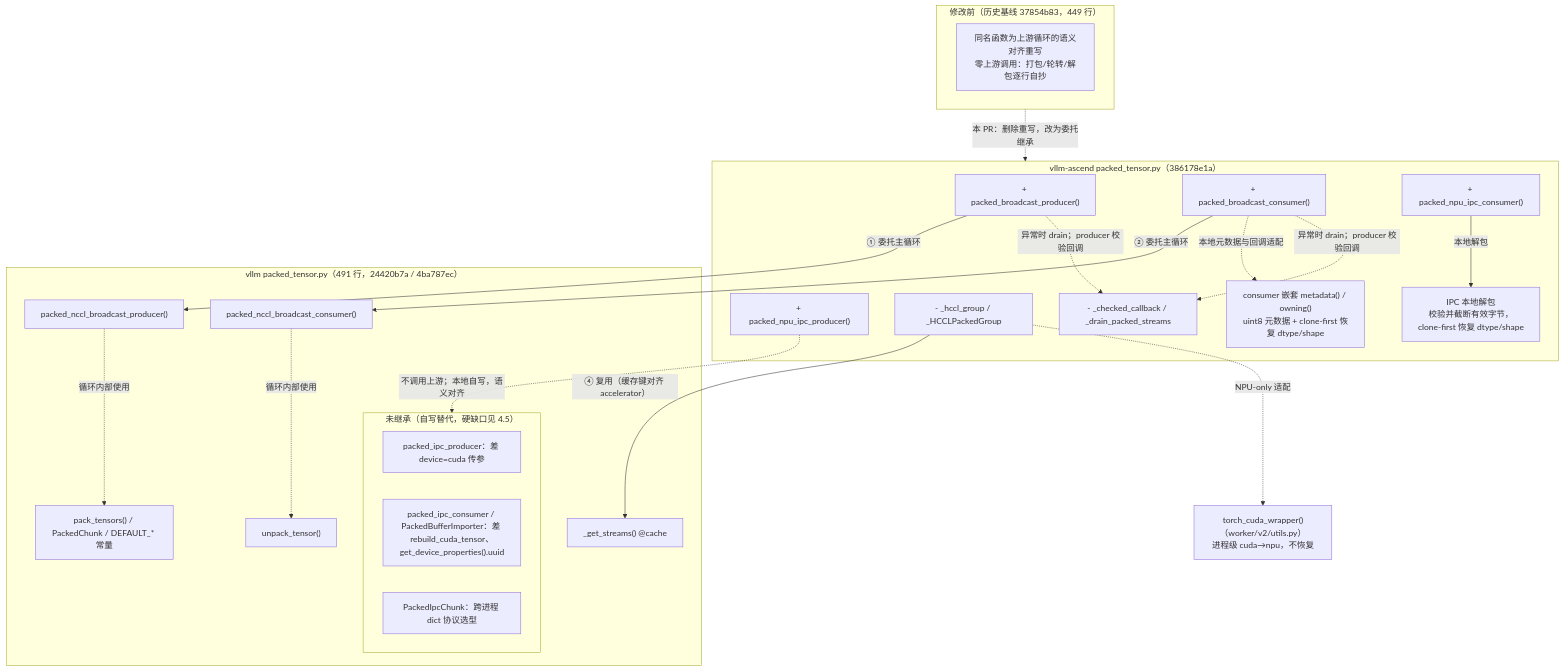
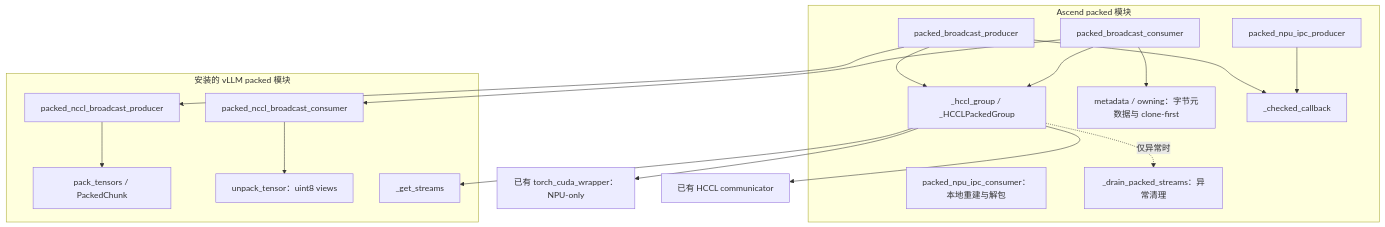
One commit to Liccol/ref-doc changed the first of 9 diagrams in vllm/weight-transfer/packed-tensor-design.md. Above: the diagram before and after it, drawn with Mermaid. The commit also changed other lines of this file and 7 other files, not shown here.

First line of the commit message:
docs: explain packed method reuse with sequence comparisons v1.0.19

````diff
--- a/vllm/weight-transfer/packed-tensor-design.md
+++ b/vllm/weight-transfer/packed-tensor-design.md
@@ -70,41 +73,36 @@
 ```mermaid
 flowchart TB
-    subgraph PRE["修改前（历史基线 37854b83，449 行）"]
-        OLD["同名函数为上游循环的语义对齐重写<br/>零上游调用：打包/轮转/解包逐行自抄"]
+    subgraph ASC["Ascend packed 模块"]
+        P["packed_broadcast_producer"]
+        C["packed_broadcast_consumer"]
+        G["_hccl_group / _HCCLPackedGroup"]
+        M["metadata / owning：字节元数据与 clone-first"]
+        IP["packed_npu_ipc_producer"]
+        IC["packed_npu_ipc_consumer：本地重建与解包"]
+        K["_checked_callback"]
+        D["_drain_packed_streams：异常清理"]
     end
-    subgraph ASC["vllm-ascend packed_tensor.py（386178e1a）"]
-        AP["+ packed_broadcast_producer()"]
-        AC["+ packed_broadcast_consumer()"]
-        AI2["+ packed_npu_ipc_consumer()"]
-        AI1["+ packed_npu_ipc_producer()"]
-        AH["- _hccl_group / _HCCLPackedGroup"]
-        AO["- _checked_callback / _drain_packed_streams"]
-        AU["consumer 嵌套 metadata() / owning()<br/>uint8 元数据 + clone-first 恢复 dtype/shape"]
-        IU["IPC 本地解包<br/>校验并截断有效字节，clone-first 恢复 dtype/shape"]
+    subgraph UP["安装的 vLLM packed 模块"]
+        UP1["packed_nccl_broadcast_producer"]
+        UP2["packed_nccl_broadcast_consumer"]
+        PACK["pack_tensors / PackedChunk"]
+        UNPACK["unpack_tensor：uint8 views"]
+        S["_get_streams"]
     end
-    subgraph UP["vllm packed_tensor.py（491 行，24420b7a / 4ba787ec）"]
-        UP1["packed_nccl_broadcast_producer()"]
-        UP2["packed_nccl_broadcast_consumer()"]
-        UP3["unpack_tensor()"]
-        UP4["_get_streams() @cache"]
-        UP5["pack_tensors() / PackedChunk / DEFAULT_* 常量"]
-        subgraph NI["未继承（自写替代，硬缺口见 4.5）"]
-            N1["packed_ipc_producer：差 device=cuda 传参"]
-            N2["packed_ipc_consumer / PackedBufferImporter：差 rebuild_cuda_tensor、get_device_properties().uuid"]
-            N3["PackedIpcChunk：跨进程 dict 协议选型"]
-        end
-    end
-    TW["torch_cuda_wrapper()（worker/v2/utils.py）<br/>进程级 cuda→npu，不恢复"]
+    W["已有 torch_cuda_wrapper：NPU-only"]
+    H["已有 HCCL communicator"]
 
-    PRE -. "本 PR：删除重写，改为委托继承" .-> ASC
-    AP -- "① 委托主循环" --> UP1
-    AC -- "② 委托主循环" --> UP2
-    AC -. "本地元数据与回调适配" .-> AU
-    AI2 -- "本地解包" --> IU
-    AH -- "④ 复用（缓存键对齐 accelerator）" --> UP4
-    AI1 -. "不调用上游；本地自写，语义对齐" .-> NI
-    UP1 -. "循环内部使用" .-> UP5
-    UP2 -. "循环内部使用" .-> UP3
-    AH -. "NPU-only 适配" .-> TW
-    AP & AC -. "异常时 drain；producer 校验回调" .-> AO
+    P --> UP1
+    C --> UP2
+    UP1 --> PACK
+    UP2 --> UNPACK
+    C --> M
+    P --> G
+    C --> G
+    G --> S
+    G --> W
+    G --> H
+    G -. "仅异常时" .-> D
+    P --> K
+    IP --> K
 ```
````
